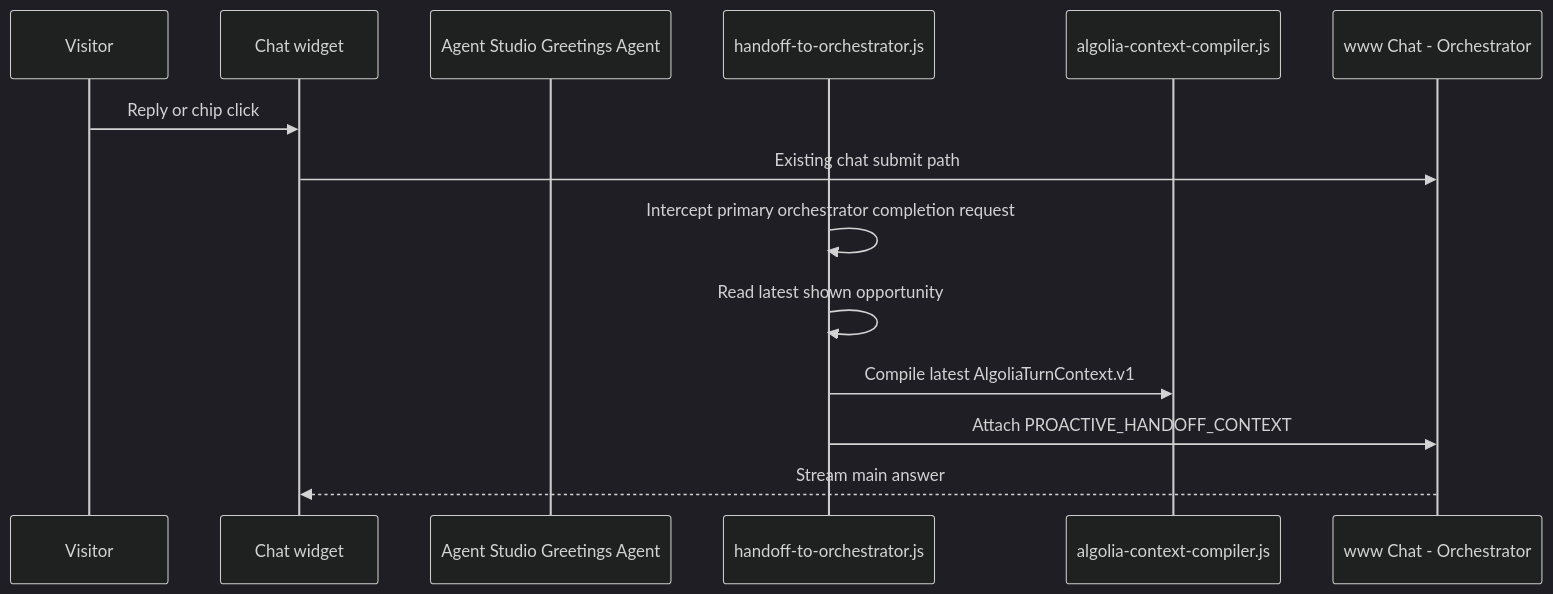
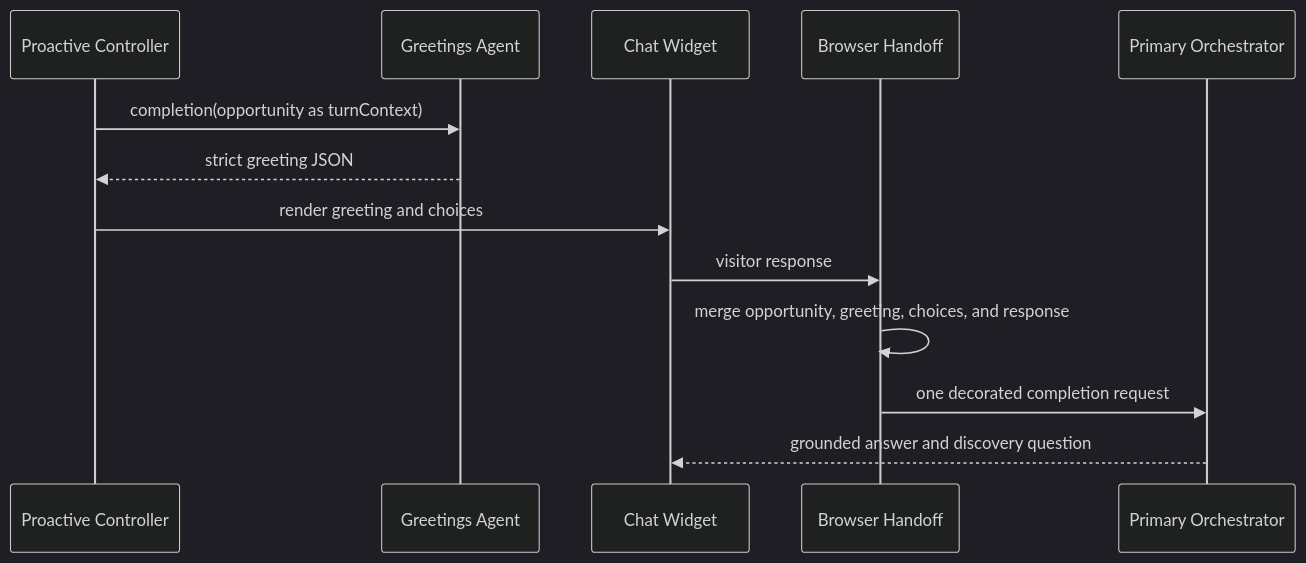
One commit to arijitchowdhury80/content-engagement changed the diagram in docs/design/search-experience/discovery-engagement/HANDOFF-TO-ORCHESTRATOR-CLIENT-TOOL.md. Above: the diagram before and after it, drawn with Mermaid (dark theme). The commit also changed other lines of this file and 155 other files, not shown here.

````diff
--- a/docs/design/search-experience/discovery-engagement/HANDOFF-TO-ORCHESTRATOR-CLIENT-TOOL.md
+++ b/docs/design/search-experience/discovery-engagement/HANDOFF-TO-ORCHESTRATOR-CLIENT-TOOL.md
@@ -13,17 +11,16 @@
 ```mermaid
 sequenceDiagram
-  participant Visitor
-  participant Widget as Chat widget
-  participant Agent as Agent Studio Greetings Agent
-  participant Tool as handoff-to-orchestrator.js
-  participant Compiler as algolia-context-compiler.js
-  participant Orchestrator as www Chat - Orchestrator
+  participant Controller as Proactive Controller
+  participant Greeter as Greetings Agent
+  participant Widget as Chat Widget
+  participant Handoff as Browser Handoff
+  participant Orchestrator as Primary Orchestrator
 
-  Visitor->>Widget: Reply or chip click
-  Widget->>Orchestrator: Existing chat submit path
-  Tool->>Tool: Intercept primary orchestrator completion request
-  Tool->>Tool: Read latest shown opportunity
-  Tool->>Compiler: Compile latest AlgoliaTurnContext.v1
-  Tool->>Orchestrator: Attach PROACTIVE_HANDOFF_CONTEXT
-  Orchestrator-->>Widget: Stream main answer
+  Controller->>Greeter: completion(opportunity as turnContext)
+  Greeter-->>Controller: strict greeting JSON
+  Controller->>Widget: render greeting and choices
+  Widget->>Handoff: visitor response
+  Handoff->>Handoff: merge opportunity, greeting, choices, and response
+  Handoff->>Orchestrator: one decorated completion request
+  Orchestrator-->>Widget: grounded answer and discovery question
 ```
````
